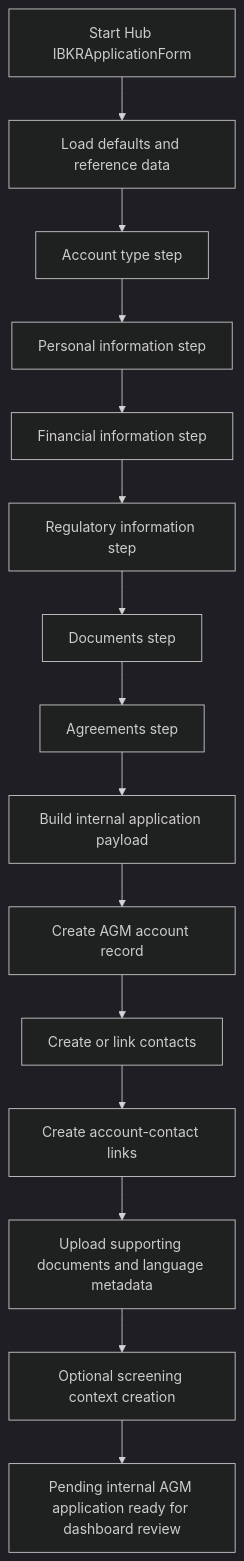
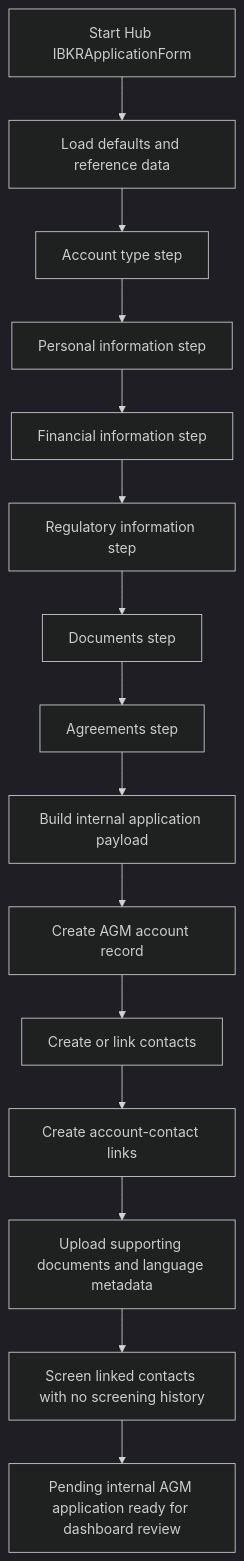
One commit to agmtrader/compliance changed the diagram in processes/09-account-opening-and-agm-account-creation.md. Above: the diagram before and after it, drawn with Mermaid (dark theme). The commit also changed other lines of this file and 18 other files, not shown here.

````diff
--- a/processes/09-account-opening-and-agm-account-creation.md
+++ b/processes/09-account-opening-and-agm-account-creation.md
@@ -43,17 +43,17 @@
 ```mermaid
 flowchart TD
     A["Start Hub IBKRApplicationForm"] --> B["Load defaults and reference data"]
     B --> C["Account type step"]
     C --> D["Personal information step"]
     D --> E["Financial information step"]
     E --> F["Regulatory information step"]
     F --> G["Documents step"]
     G --> H["Agreements step"]
     H --> I["Build internal application payload"]
     I --> J["Create AGM account record"]
     J --> K["Create or link contacts"]
     K --> L["Create account-contact links"]
     L --> M["Upload supporting documents and language metadata"]
-    M --> O["Optional screening context creation"]
+    M --> O["Screen linked contacts with no screening history"]
     O --> P["Pending internal AGM application ready for dashboard review"]
 ```
````
